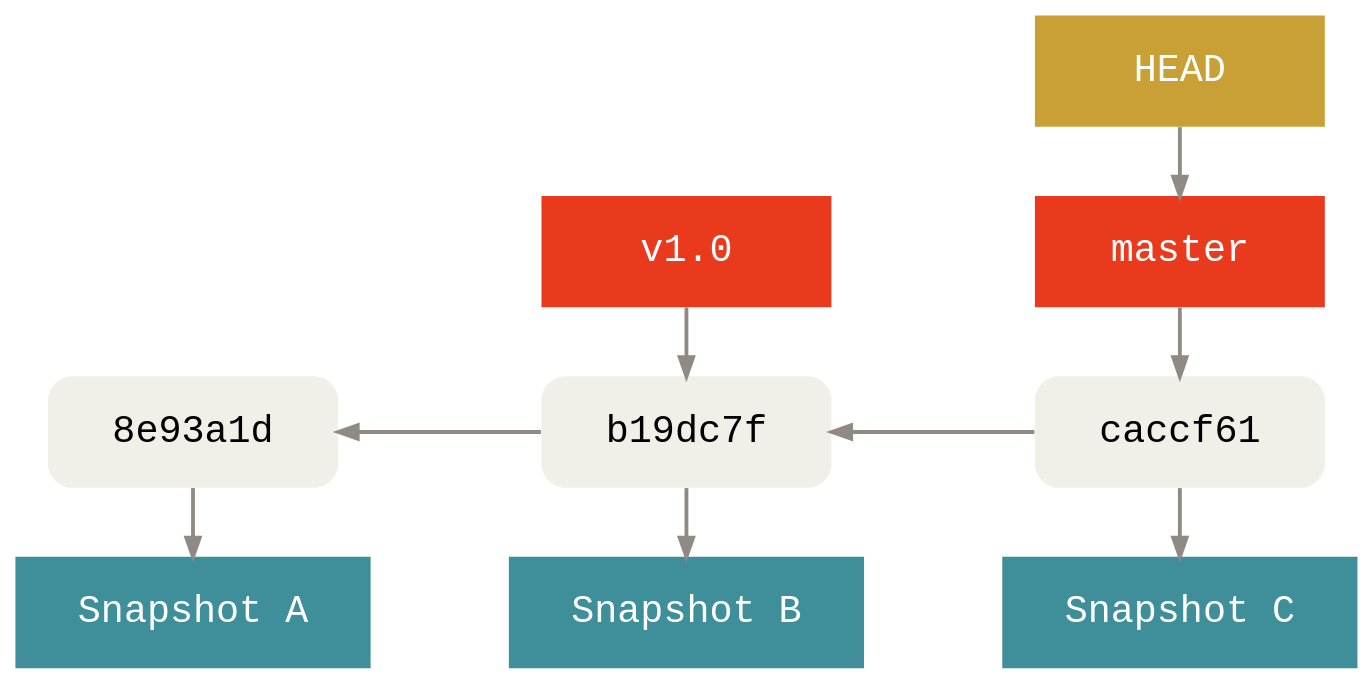
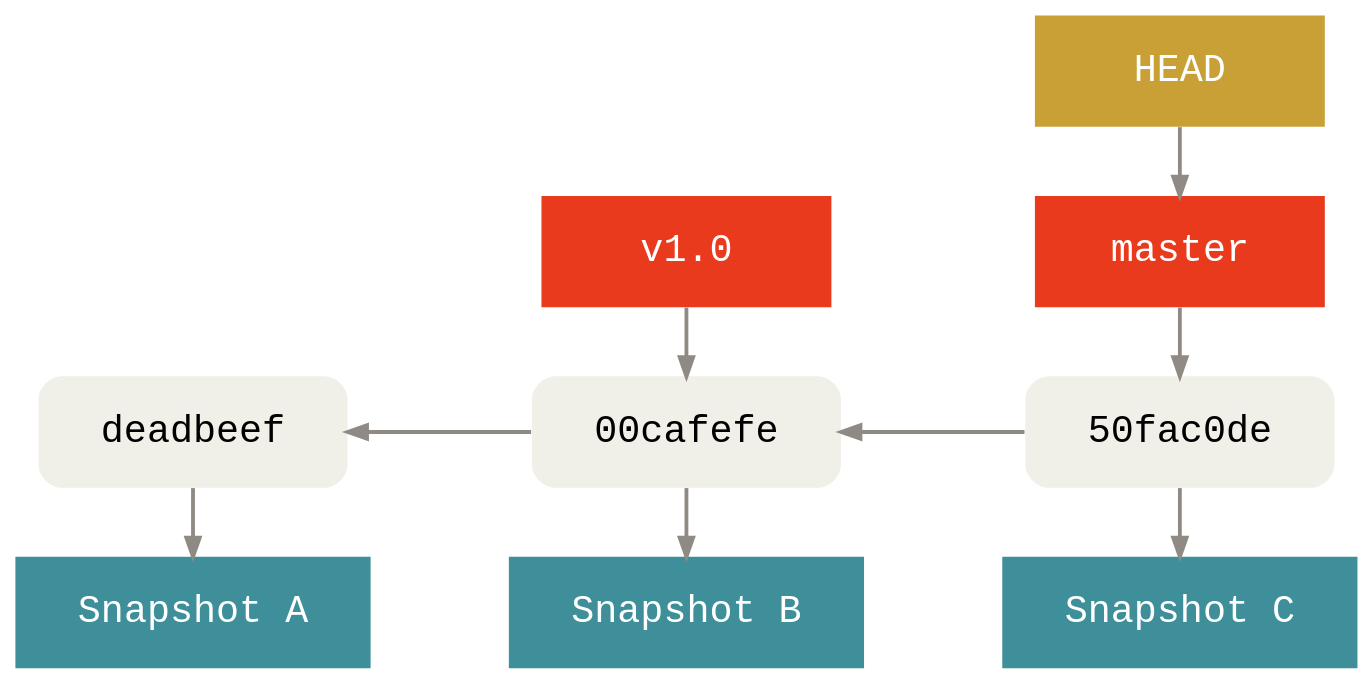
One commit to agross/git-reveal changed the diagram in images/internals/branch-and-history.gv. Above: the diagram before and after it, drawn with Graphviz. The commit also changed 26 other files, not shown here.

```diff
--- a/images/internals/branch-and-history.gv
+++ b/images/internals/branch-and-history.gv
@@ -1,69 +1,69 @@
 digraph Git {
   bgcolor="transparent"
 
   rankdir=LR
   ranksep=1
   nodesep=.5
 
   edge [color="#8f8a83"
         penwidth=2
         dir="back"]
   node [shape=box
         fontname="Menlo, Monaco, Consolas, Lucida Console, Courier New, monospace"
         fontsize=20
         margin=".45,.25"
         width=2.1
         penwidth=0]
 
   node [style="rounded,filled"
         fillcolor="#f0efe8"]
-  A [label="8e93a1d"]
-  B [label="b19dc7f"]
-  C [label="caccf61"]
+  A [label="deadbeef"]
+  B [label="00cafefe"]
+  C [label="50fac0de"]
 
   node [style="filled"
         fontcolor="#ffffff"
         fillcolor="#e93a1d"]
   master
   tag [label="v1.0"]
   HEAD [fillcolor="#c8a036"]
 
   node [style="filled"
         fontcolor="#ffffff"
         fillcolor="#3e8f99"]
   snapshot_a [label="Snapshot A"]
   snapshot_b [label="Snapshot B"]
   snapshot_c [label="Snapshot C"]
 
   A -> B -> C
 
   subgraph cluster_a {
     style=invis
 
     {
       rank=same
       snapshot_a -> A
     }
   }
 
   subgraph cluster_b {
     style=invis
 
     {
       rank=same
       snapshot_b -> B
       B -> tag
     }
   }
 
   subgraph cluster_c {
     style=invis
 
     {
       rank=same
       snapshot_c -> C
       C -> master
       master -> HEAD
     }
   }
 }
```
